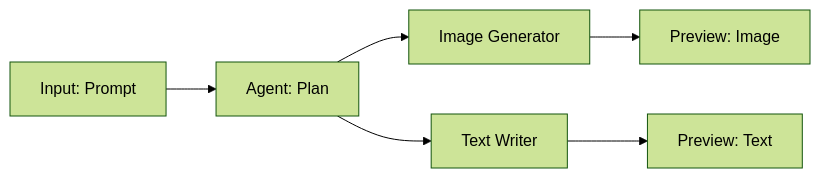
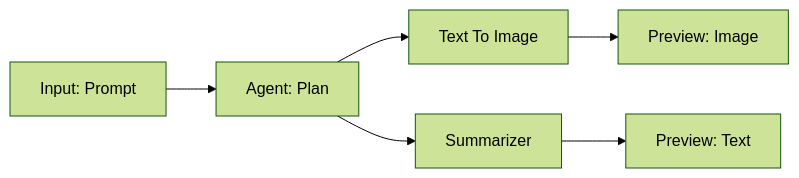
One commit to nodetool-ai/nodetool changed the second of 2 diagrams in docs/key-concepts.md. Above: the diagram before and after it, drawn with Mermaid (forest theme). The commit also changed other lines of this file and 118 other files, not shown here.

```diff
--- a/docs/key-concepts.md
+++ b/docs/key-concepts.md
@@ -239,8 +239,8 @@
 {% mermaid %}
 graph LR
 A[Input: Prompt] --> B[Agent: Plan]
-B --> C[Image Generator]
-B --> D[Text Writer]
+B --> C[Text To Image]
+B --> D[Summarizer]
 C --> E[Preview: Image]
 D --> F[Preview: Text]
 {% endmermaid %}
```
